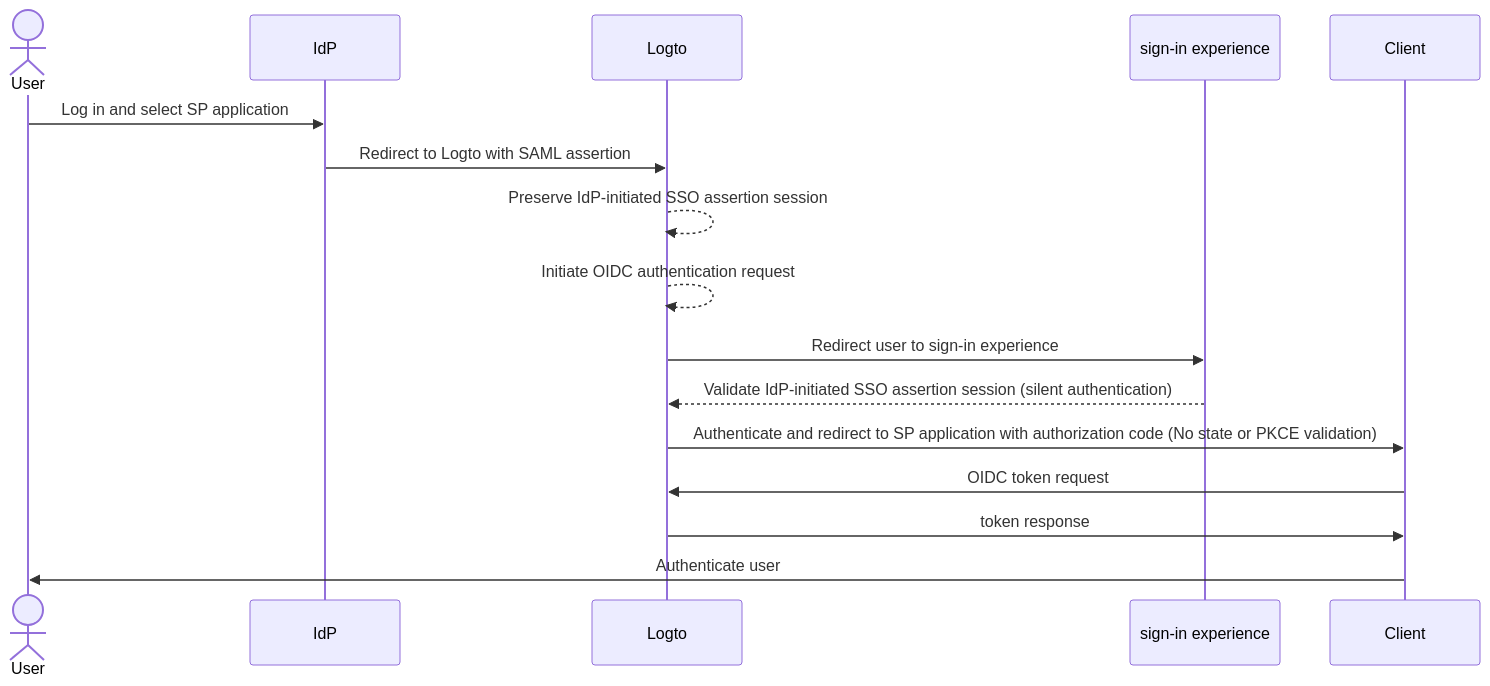
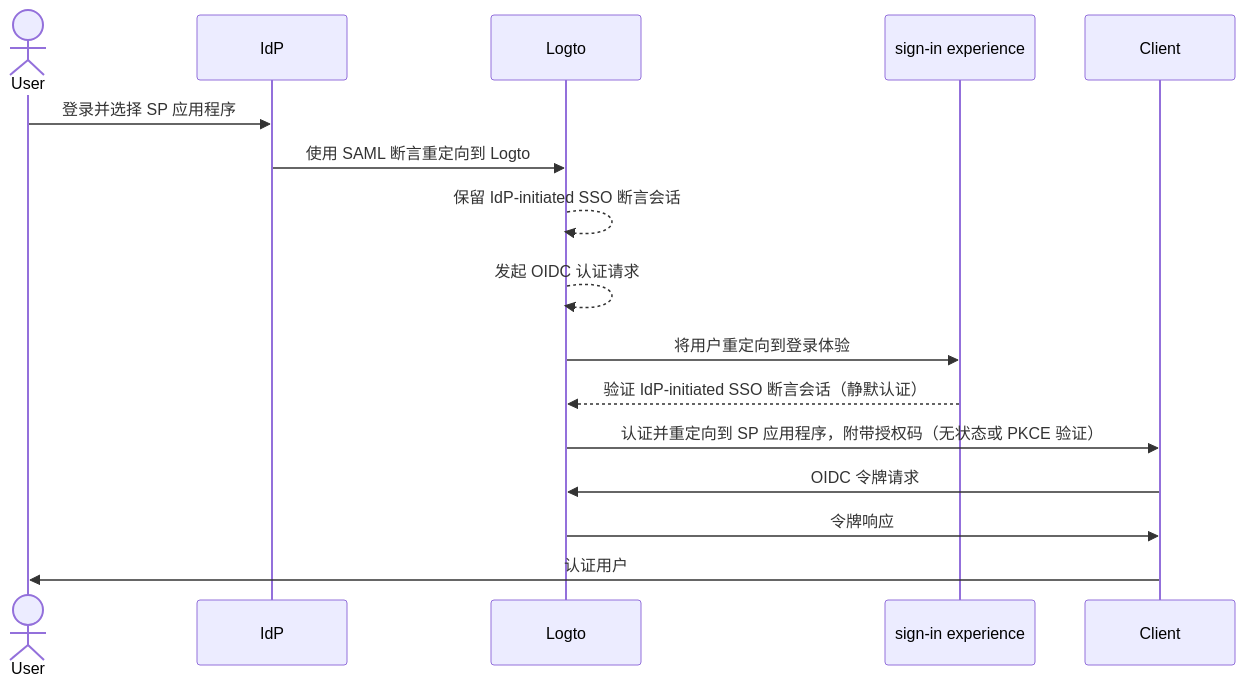
The second of 2 diagrams in i18n/zh-CN/docusaurus-plugin-content-docs/current/end-user-flows/enterprise-sso/idp-initiated-sso.mdx (logto-io/docs), drawn with Mermaid before and after one commit. The commit also changed other lines of this file and 449 other files, not shown here.

````diff
--- a/i18n/zh-CN/docusaurus-plugin-content-docs/current/end-user-flows/enterprise-sso/idp-initiated-sso.mdx
+++ b/i18n/zh-CN/docusaurus-plugin-content-docs/current/end-user-flows/enterprise-sso/idp-initiated-sso.mdx
@@ -137,20 +137,20 @@
 ```mermaid
   sequenceDiagram
 
   actor User
   participant IdP as IdP
   participant Logto as Logto
   participant Experience as sign-in experience
   participant SP as Client
 
-  User->>IdP: Log in and select SP application
-  IdP->>Logto: Redirect to Logto with SAML assertion
-  Logto-->>Logto: Preserve IdP-initiated SSO assertion session
-  Logto-->>Logto: Initiate OIDC authentication request
-  Logto->>Experience: Redirect user to sign-in experience
-  Experience-->>Logto: Validate IdP-initiated SSO assertion session (silent authentication)
-  Logto->>SP: Authenticate and redirect to SP application with authorization code (No state or PKCE validation)
-  SP->>Logto: OIDC token request
-  Logto->>SP: token response
-  SP->>User: Authenticate user
+  User->>IdP: 登录并选择 SP 应用程序
+  IdP->>Logto: 使用 SAML 断言重定向到 Logto
+  Logto-->>Logto: 保留 IdP-initiated SSO 断言会话
+  Logto-->>Logto: 发起 OIDC 认证请求
+  Logto->>Experience: 将用户重定向到登录体验
+  Experience-->>Logto: 验证 IdP-initiated SSO 断言会话（静默认证）
+  Logto->>SP: 认证并重定向到 SP 应用程序，附带授权码（无状态或 PKCE 验证）
+  SP->>Logto: OIDC 令牌请求
+  Logto->>SP: 令牌响应
+  SP->>User: 认证用户
 ```
````
